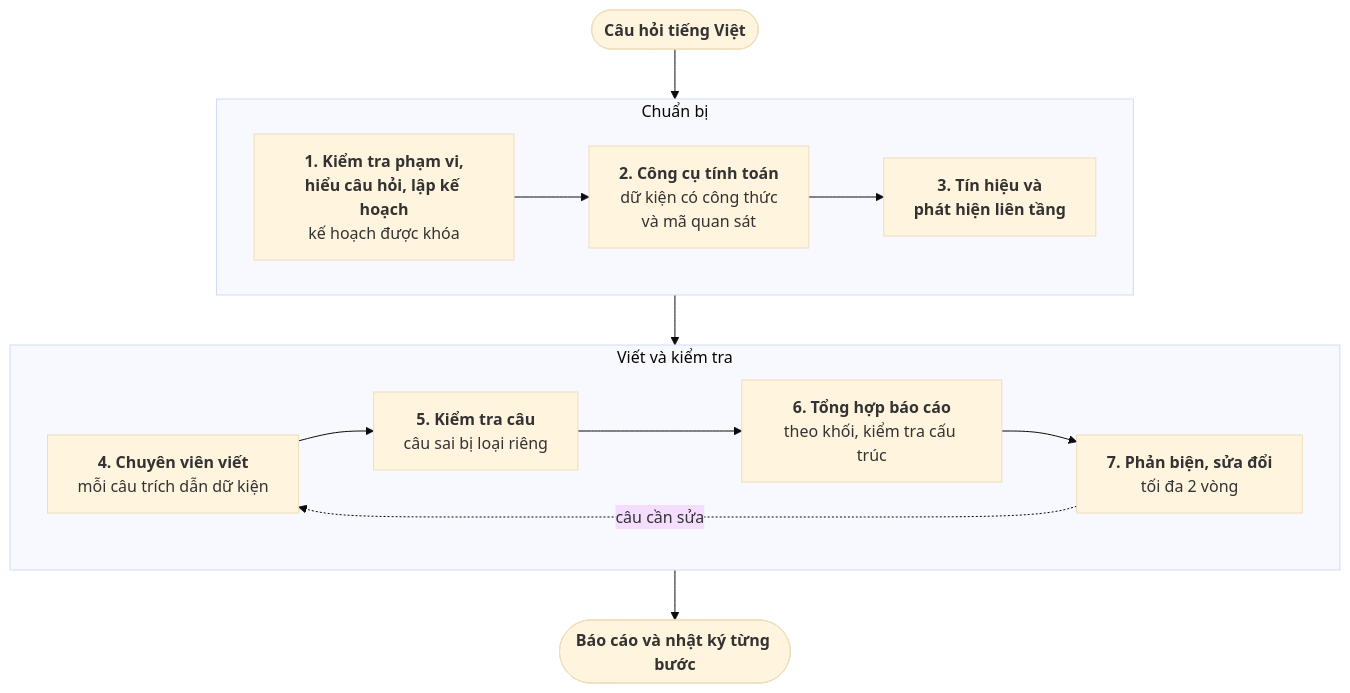
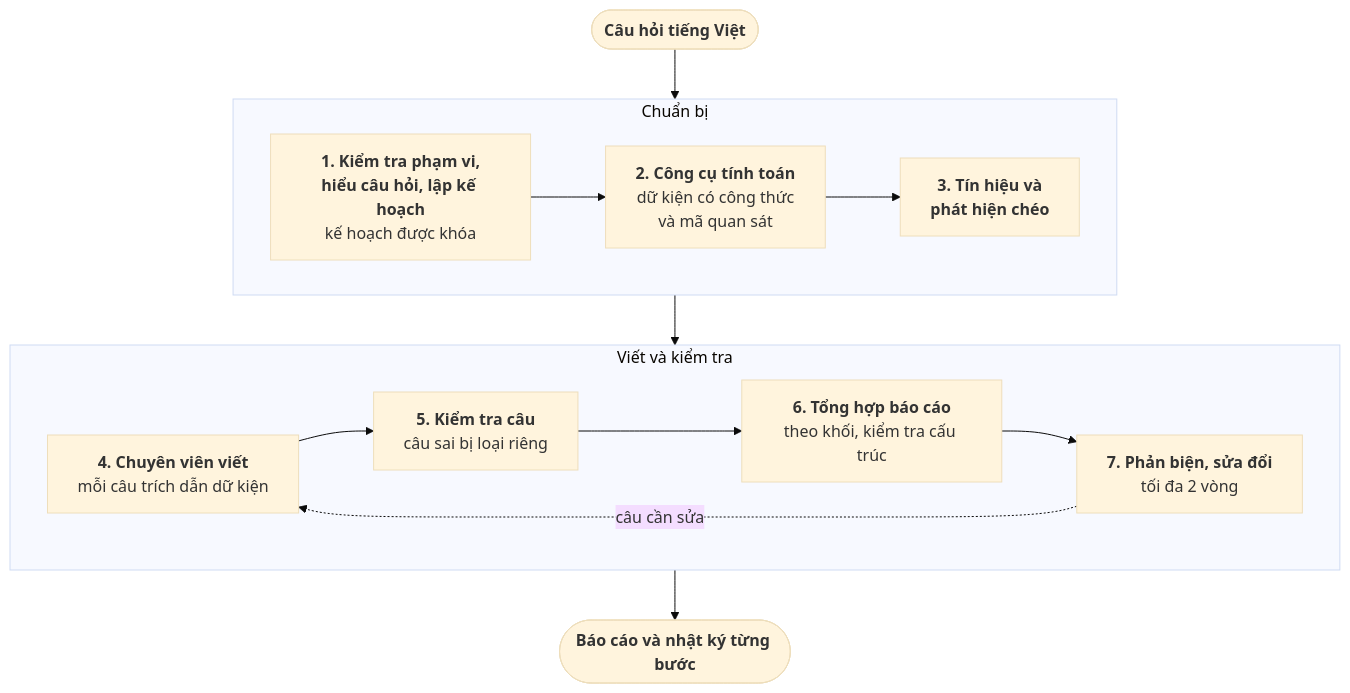
Before and after one commit to thaicuong576/final-thesis: the second of 3 diagrams in docs/thesis-v2/chuong-4-thiet-ke-trien-khai.md, drawn with Mermaid (base theme). The commit also changed other lines of this file and 25 other files, not shown here.

````diff
--- a/docs/thesis-v2/chuong-4-thiet-ke-trien-khai.md
+++ b/docs/thesis-v2/chuong-4-thiet-ke-trien-khai.md
@@ -39,24 +53,24 @@
 ```mermaid
 flowchart TB
     Q(["<b>Câu hỏi tiếng Việt</b>"])
     subgraph PRE ["Chuẩn bị"]
         direction LR
         P["<b>1. Kiểm tra phạm vi,<br/>hiểu câu hỏi, lập kế hoạch</b><br/>kế hoạch được khóa"]
         T["<b>2. Công cụ tính toán</b><br/>dữ kiện có công thức<br/>và mã quan sát"]
-        G["<b>3. Tín hiệu và<br/>phát hiện liên tầng</b>"]
+        G["<b>3. Tín hiệu và<br/>phát hiện chéo</b>"]
         P --> T --> G
     end
     subgraph WRI ["Viết và kiểm tra"]
         direction LR
         W["<b>4. Chuyên viên viết</b><br/>mỗi câu trích dẫn dữ kiện"]
         V["<b>5. Kiểm tra câu</b><br/>câu sai bị loại riêng"]
         A["<b>6. Tổng hợp báo cáo</b><br/>theo khối, kiểm tra cấu trúc"]
         C["<b>7. Phản biện, sửa đổi</b><br/>tối đa 2 vòng"]
         W --> V --> A --> C
         C -.->|"câu cần sửa"| W
     end
     O(["<b>Báo cáo và nhật ký từng bước</b>"])
     Q --> PRE
     PRE --> WRI
     WRI --> O
 ```
````
